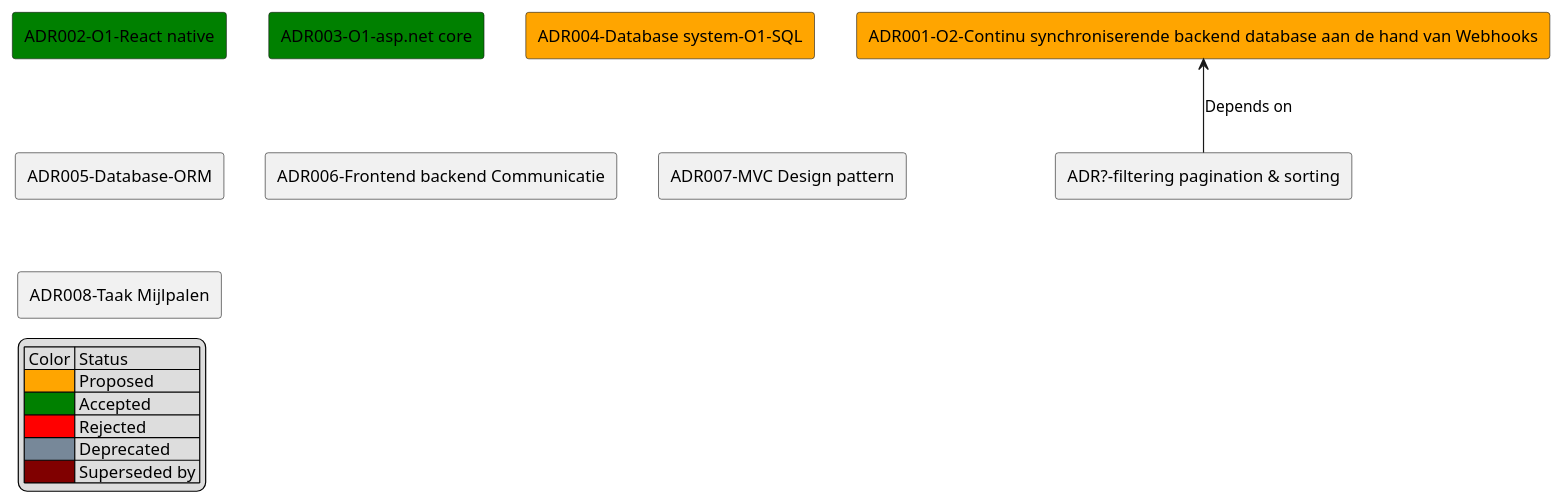
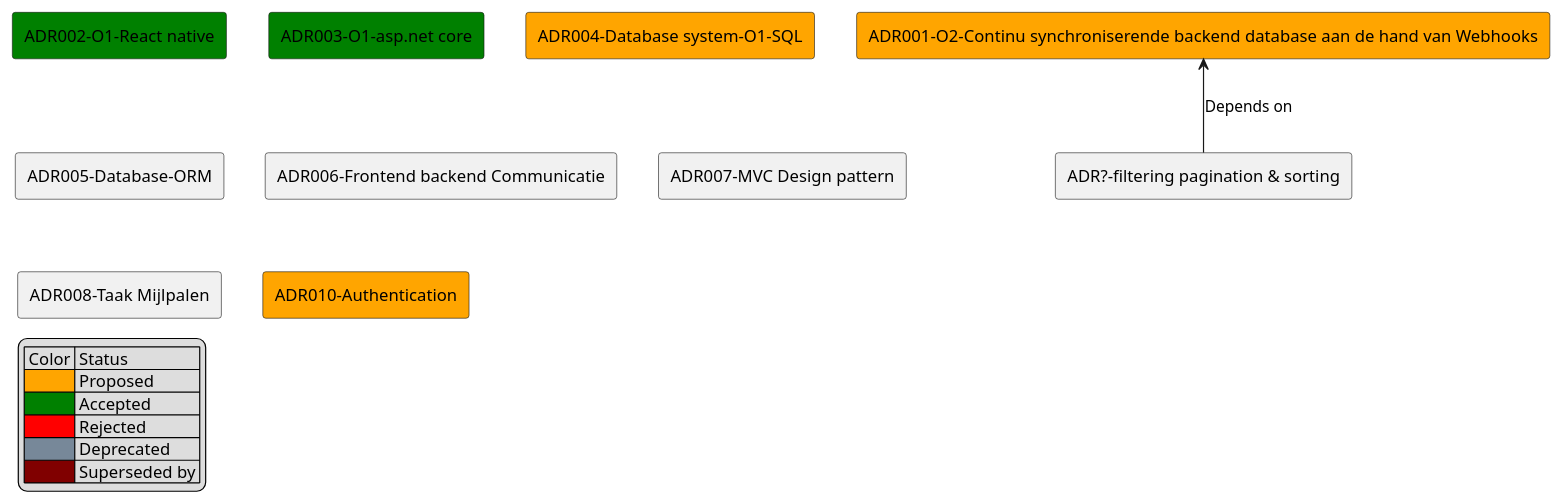
Before and after one commit to DCReceveur/pre-afstudeer-docs: diagram 11 of 11 in Documentatie/Technisch/SoftwareArchitectureDocument.md, drawn with PlantUML. The commit also changed other lines of this file and 3 other files, not shown here.

````diff
--- a/Documentatie/Technisch/SoftwareArchitectureDocument.md
+++ b/Documentatie/Technisch/SoftwareArchitectureDocument.md
@@ -519,25 +519,26 @@
 ```puml
 
 rectangle "ADR001-O2-Continu synchroniserende backend database aan de hand van Webhooks" as ADR001 #Orange
 rectangle "ADR002-O1-React native" as ADR002 #Green
 rectangle "ADR003-O1-asp.net core" as ADR003 #Green
 rectangle "ADR004-Database system-O1-SQL" as ADR004 #Orange
 rectangle "ADR005-Database-ORM"
 rectangle "ADR006-Frontend backend Communicatie"
 rectangle "ADR007-MVC Design pattern"
 rectangle "ADR008-Taak Mijlpalen"
+rectangle "ADR010-Authentication" #Orange
 rectangle "ADR?-filtering pagination & sorting" as Sorting
 
 
 ADR001 <-- Sorting : Depends on
 
 legend left
     | Color | Status |
     |<#Orange>| Proposed |
     |<#Green>| Accepted |
     |<#Red>| Rejected |
     | <#LightSlateGray> | Deprecated |
     | <#Maroon> | Superseded by |
 endlegend
 
 ```
````
